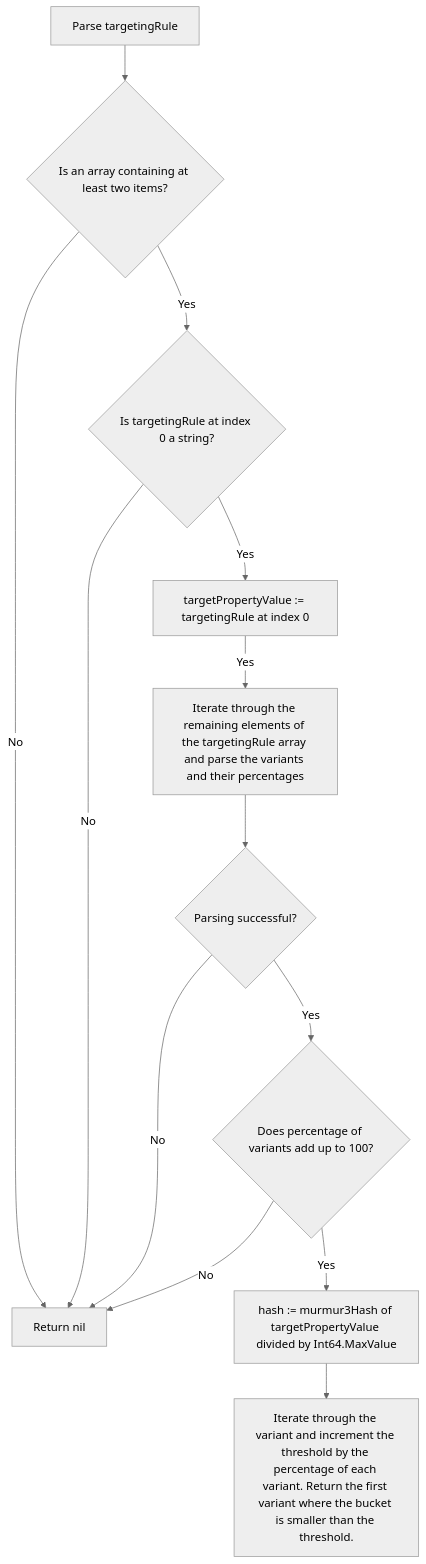
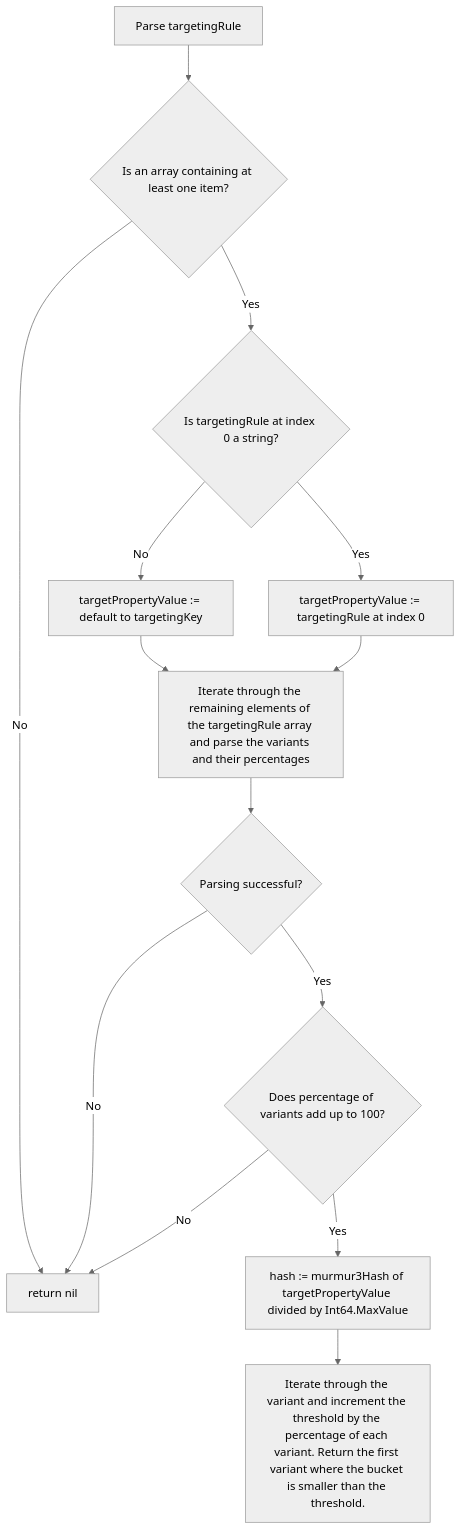
The diagram in docs/other_resources/in-process-providers/evaluators/fractional_evaluation.md (open-feature/flagd), drawn with Mermaid (neutral theme) before and after one commit.

Commit message:
doc: update flowchart

````diff
--- a/docs/other_resources/in-process-providers/evaluators/fractional_evaluation.md
+++ b/docs/other_resources/in-process-providers/evaluators/fractional_evaluation.md
@@ -60,15 +60,16 @@
 ```mermaid
 flowchart TD
-A[Parse targetingRule] --> B{Is an array containing at least two items?};
+A[Parse targetingRule] --> B{Is an array containing at least one item?};
 B -- Yes --> C{Is targetingRule at index 0 a string?};
-B -- No --> D[Return nil];
-C -- Yes --> E[targetPropertyValue := targetingRule at index 0];
-C -- No --> D;
-E -- Yes --> F[Iterate through the remaining elements of the targetingRule array and parse the variants and their percentages];
-F --> G{Parsing successful?};
-G -- No --> D;
-G -- Yes --> H{Does percentage of variants add up to 100?};
+B -- No --> D[return nil]
+C -- No --> E[targetPropertyValue := default to targetingKey];
+C -- Yes --> F[targetPropertyValue := targetingRule at index 0];
+E --> G[Iterate through the remaining elements of the targetingRule array and parse the variants and their percentages];
+F --> G;
+G --> H{Parsing successful?};
 H -- No --> D;
-H -- Yes --> I[hash := murmur3Hash of targetPropertyValue divided by Int64.MaxValue]
-I --> L[Iterate through the variant and increment the threshold by the percentage of each variant. Return the first variant where the bucket is smaller than the threshold.]
+H -- Yes --> I{Does percentage of variants add up to 100?};
+I -- No --> D;
+I -- Yes --> J[hash := murmur3Hash of targetPropertyValue divided by Int64.MaxValue]
+J --> K[Iterate through the variant and increment the threshold by the percentage of each variant. Return the first variant where the bucket is smaller than the threshold.]
 ```
````
